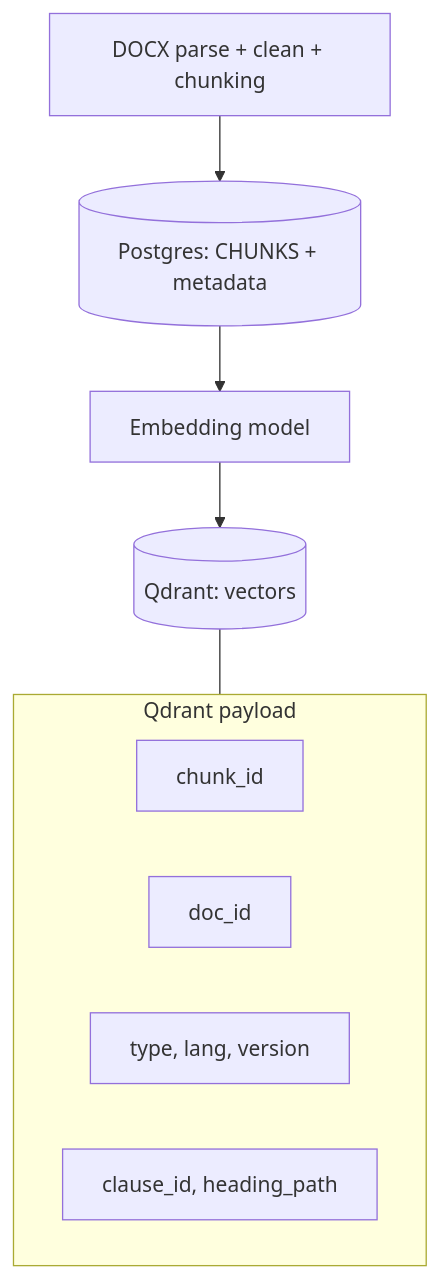
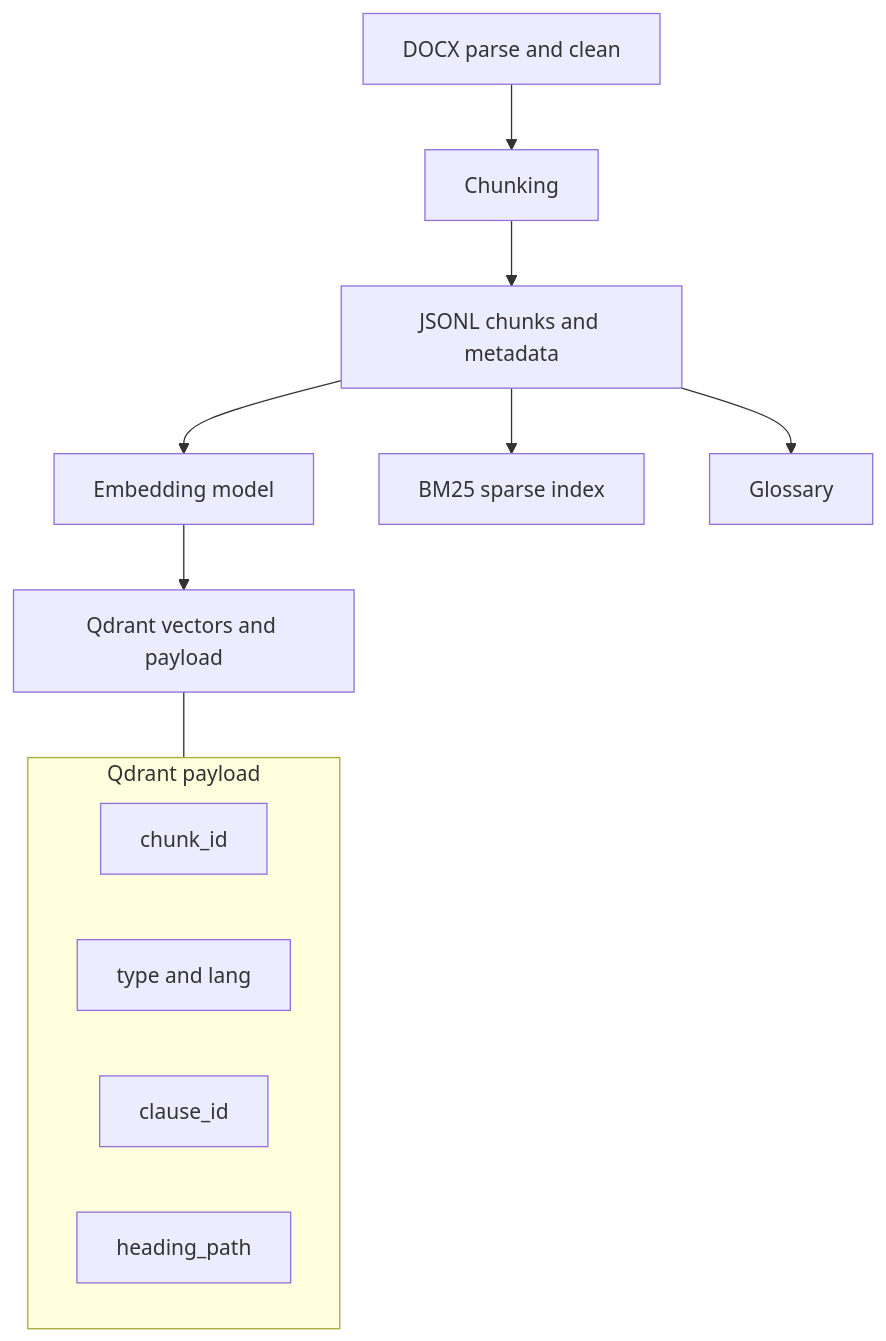
The diagram in README.md (dshhrv/rag-chatbot), drawn with Mermaid before and after one commit. The commit also changed other lines of this file and 1 other file, not shown here.

````diff
--- a/README.md
+++ b/README.md
@@ -115,15 +152,19 @@
 ```mermaid
 flowchart TB
-  ING[DOCX parse + clean + chunking] --> PG[(Postgres: CHUNKS + metadata)]
-  PG --> EMB[Embedding model]
-  EMB --> QD[(Qdrant: vectors)]
+  DOC[DOCX parse and clean] --> CH[Chunking]
+  CH --> JSONL[JSONL chunks and metadata]
+  JSONL --> EMB[Embedding model]
+  EMB --> QD[Qdrant vectors and payload]
+  JSONL --> BM25[BM25 sparse index]
+  JSONL --> GL[Glossary]
 
-  subgraph Qdrant_payload["Qdrant payload"]
+  subgraph PAYLOAD[Qdrant payload]
     P1[chunk_id]
-    P2[doc_id]
-    P3[type, lang, version]
-    P4[clause_id, heading_path]
+    P2[type and lang]
+    P3[clause_id]
+    P4[heading_path]
   end
-  QD --- Qdrant_payload
+
+  QD --- PAYLOAD
 
 ```
````
